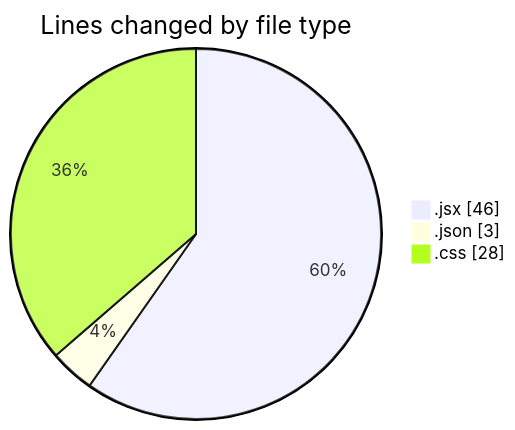
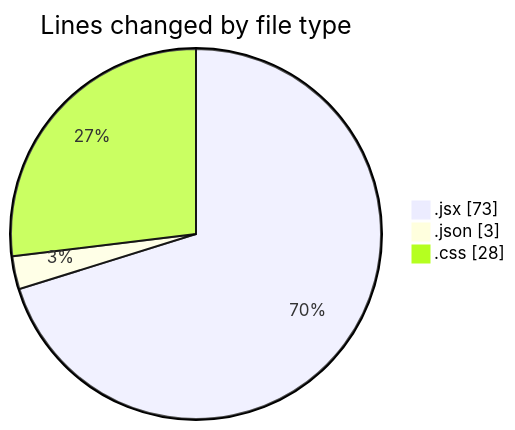
Before and after one commit to Elitesun/code-tracking: the first of 2 diagrams in 2025-01-24/react/README.md, drawn with Mermaid. The commit also changed other lines of this file and 1 other file, not shown here.

````diff
--- a/2025-01-24/react/README.md
+++ b/2025-01-24/react/README.md
@@ -23,7 +24,7 @@
 ```mermaid
 pie showData
 title Lines changed by file type
-".jsx" : 46
+".jsx" : 73
 ".json" : 3
 ".css" : 28
 ```
````
